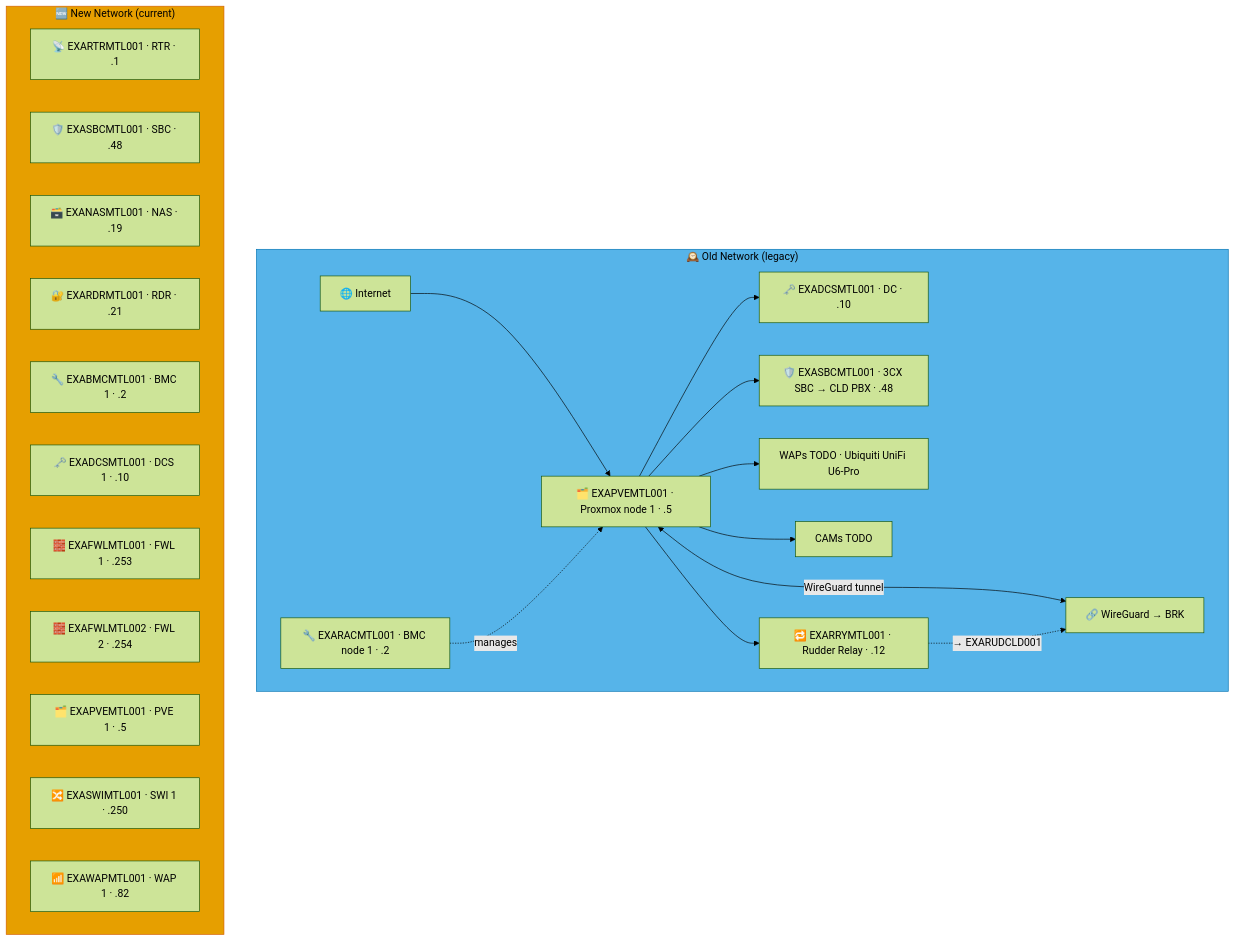
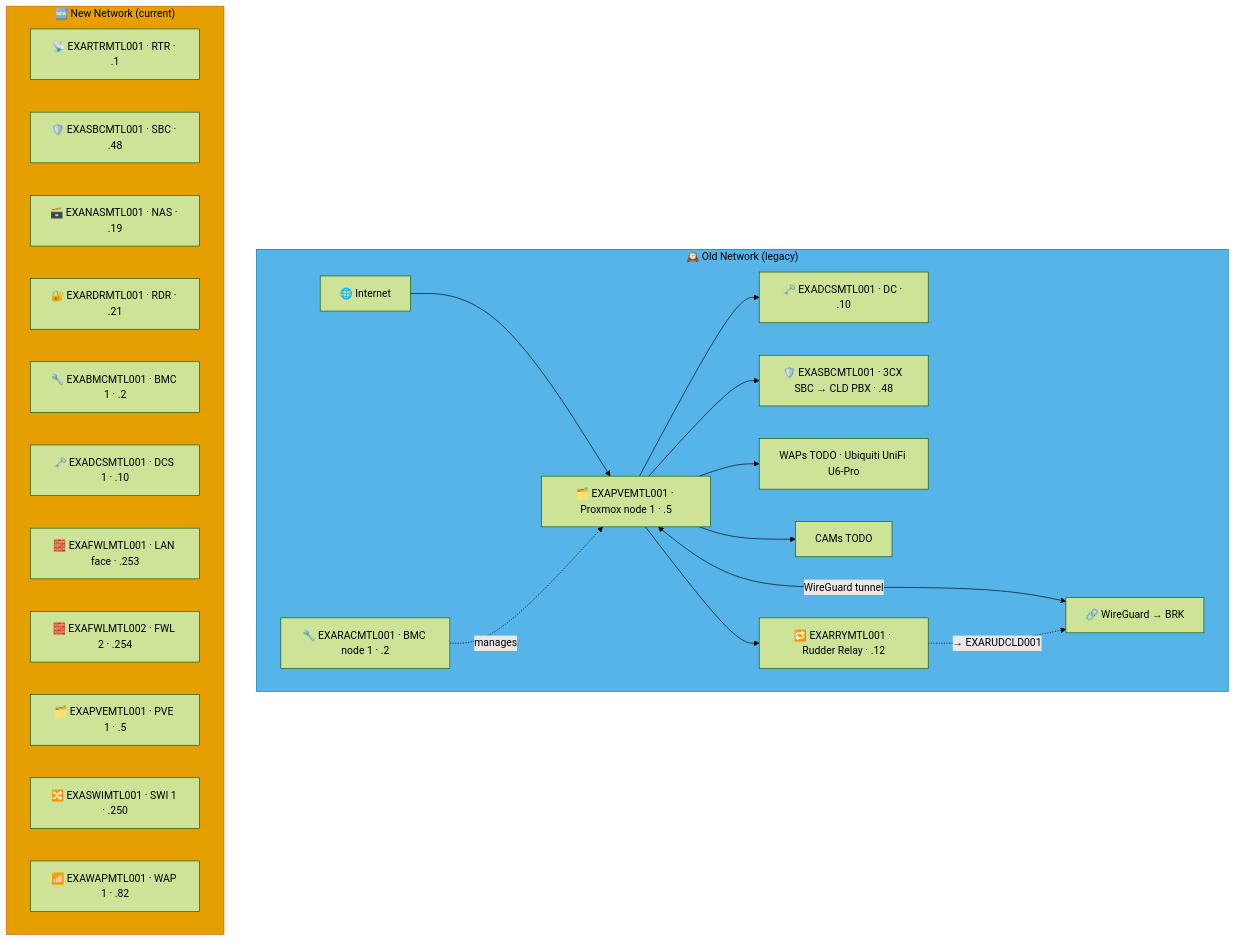
One commit to knightmare2600/example_music_infra changed the third of 3 diagrams in docs/network-diagram/canada.md. Above: the diagram before and after it, drawn with Mermaid (forest theme). The commit also changed other lines of this file and 17 other files, not shown here.

````diff
--- a/docs/network-diagram/canada.md
+++ b/docs/network-diagram/canada.md
@@ -143,39 +143,39 @@
 ```mermaid
 graph TD
     subgraph OLD_MTL ["🕰️ Old Network (legacy)"]
       INET["🌐 Internet"]
       RAC["🔧 EXARACMTL001 · BMC node 1 · .2"]
       PVE["🗂️ EXAPVEMTL001 · Proxmox node 1 · .5"]
       DC["🗝️ EXADCSMTL001 · DC · .10"]
       SBC["🛡️ EXASBCMTL001 · 3CX SBC → CLD PBX · .48"]
       RRY["🔁 EXARRYMTL001 · Rudder Relay · .12"]
       WAP["WAPs TODO · Ubiquiti UniFi U6-Pro"]
       CAM["CAMs TODO"]
       VPN["🔗 WireGuard → BRK"]
 
       INET --> PVE --> DC & SBC
       RAC -.->|"manages"| PVE
       PVE --> WAP & CAM
       PVE <-->|"WireGuard tunnel"| VPN
 
       PVE --> RRY
       RRY -. "→ EXARUDCLD001" .-> VPN
     end
     style OLD_MTL fill:#56B4E9,stroke:#0072B2,color:#000000
     %% GENERATED:NEW-NETWORK:MTL:START
     subgraph NEW_MTL ["🆕 New Network (current)"]
       N_RTR["📡 EXARTRMTL001 · RTR · .1"]
       N_SBC["🛡️ EXASBCMTL001 · SBC · .48"]
       N_NAS["🗃️ EXANASMTL001 · NAS · .19"]
       N_RDR["🔐 EXARDRMTL001 · RDR · .21"]
       N_BMC["🔧 EXABMCMTL001 · BMC 1 · .2"]
       N_DCS["🗝️ EXADCSMTL001 · DCS 1 · .10"]
-      N_FWL["🧱 EXAFWLMTL001 · FWL 1 · .253"]
+      N_FWL["🧱 EXAFWLMTL001 · LAN face · .253"]
       N_FWL2["🧱 EXAFWLMTL002 · FWL 2 · .254"]
       N_PVE["🗂️ EXAPVEMTL001 · PVE 1 · .5"]
       N_SWI["🔀 EXASWIMTL001 · SWI 1 · .250"]
       N_WAP["📶 EXAWAPMTL001 · WAP 1 · .82"]
     end
     style NEW_MTL fill:#E69F00,stroke:#D55E00,color:#000000
     %% GENERATED:NEW-NETWORK:MTL:END
 ```
````
